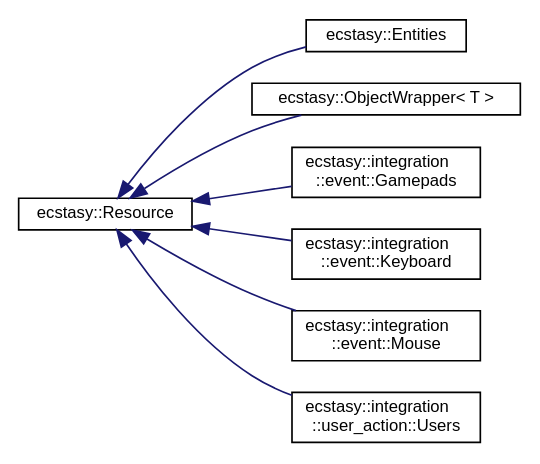
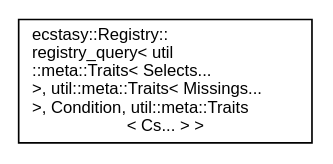
The diagram in inherit_graph_57.dot (AndreasLrx/ecstasy), drawn with Graphviz before and after one commit. The commit also changed 445 other files, not shown here.

```diff
--- a/inherit_graph_57.dot
+++ b/inherit_graph_57.dot
@@ -1,20 +1,8 @@
 digraph "Graphical Class Hierarchy"
 {
  // LATEX_PDF_SIZE
   edge [fontname="Helvetica",fontsize="10",labelfontname="Helvetica",labelfontsize="10"];
   node [fontname="Helvetica",fontsize="10",shape=record];
   rankdir="LR";
-  Node0 [label="ecstasy::Resource",height=0.2,width=0.4,color="black", fillcolor="white", style="filled",URL="$classecstasy_1_1_resource.html",tooltip="Base class of all registry resources."];
-  Node0 -> Node1 [dir="back",color="midnightblue",fontsize="10",style="solid",fontname="Helvetica"];
-  Node1 [label="ecstasy::Entities",height=0.2,width=0.4,color="black", fillcolor="white", style="filled",URL="$classecstasy_1_1_entities.html",tooltip="Resource holding all the Registry entities."];
-  Node0 -> Node2 [dir="back",color="midnightblue",fontsize="10",style="solid",fontname="Helvetica"];
-  Node2 [label="ecstasy::ObjectWrapper\< T \>",height=0.2,width=0.4,color="black", fillcolor="white", style="filled",URL="$classecstasy_1_1_object_wrapper.html",tooltip="Basic object wrapper as a resource."];
-  Node0 -> Node3 [dir="back",color="midnightblue",fontsize="10",style="solid",fontname="Helvetica"];
-  Node3 [label="ecstasy::integration\l::event::Gamepads",height=0.2,width=0.4,color="black", fillcolor="white", style="filled",URL="$classecstasy_1_1integration_1_1event_1_1_gamepads.html",tooltip="Current Gamepads states."];
-  Node0 -> Node4 [dir="back",color="midnightblue",fontsize="10",style="solid",fontname="Helvetica"];
-  Node4 [label="ecstasy::integration\l::event::Keyboard",height=0.2,width=0.4,color="black", fillcolor="white", style="filled",URL="$classecstasy_1_1integration_1_1event_1_1_keyboard.html",tooltip="Current Keyboard state."];
-  Node0 -> Node5 [dir="back",color="midnightblue",fontsize="10",style="solid",fontname="Helvetica"];
-  Node5 [label="ecstasy::integration\l::event::Mouse",height=0.2,width=0.4,color="black", fillcolor="white", style="filled",URL="$classecstasy_1_1integration_1_1event_1_1_mouse.html",tooltip="Current mouse state."];
-  Node0 -> Node6 [dir="back",color="midnightblue",fontsize="10",style="solid",fontname="Helvetica"];
-  Node6 [label="ecstasy::integration\l::user_action::Users",height=0.2,width=0.4,color="black", fillcolor="white", style="filled",URL="$classecstasy_1_1integration_1_1user__action_1_1_users.html",tooltip="UserProfile container resource."];
+  Node0 [label="ecstasy::Registry::\lregistry_query\< util\l::meta::Traits\< Selects...\l \>, util::meta::Traits\< Missings...\l \>, Condition, util::meta::Traits\l\< Cs... \> \>",height=0.2,width=0.4,color="black", fillcolor="white", style="filled",URL="$structecstasy_1_1_registry_1_1registry__query_3_01util_1_1meta_1_1_traits_3_01_selects_8_8_8_01_be17951311b4e09d699d04c2661dfbf9.html",tooltip="Registry query type from the query selected and missing types."];
 }
```
